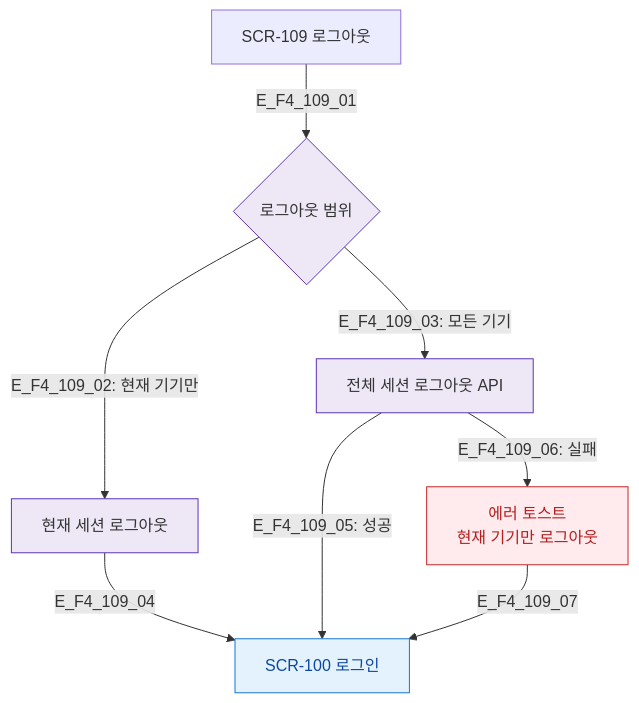
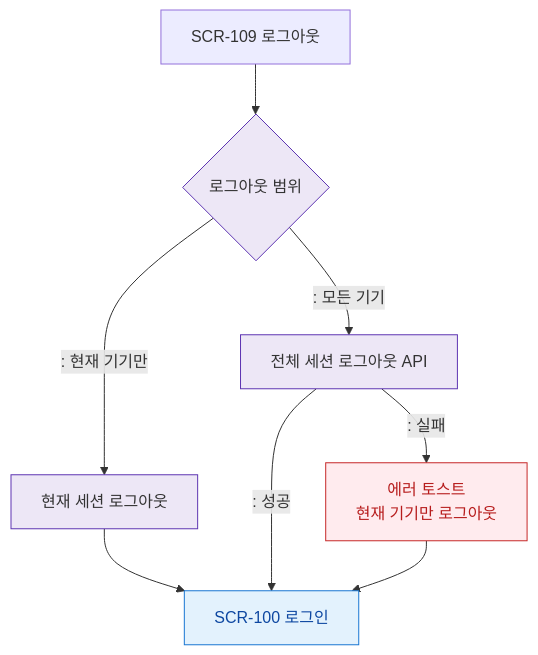
One commit to dev-spogym/admin-pando changed the diagram in docs/다이어그램/D01_공통/SCR-109_로그아웃/F4_필터검색.md. Above: the diagram before and after it, drawn with Mermaid. The commit also changed other lines of this file and 1660 other files, not shown here.

First line of the commit message:
다이어그램: 기획자/클라이언트 납품본으로 정리

````diff
--- a/docs/다이어그램/D01_공통/SCR-109_로그아웃/F4_필터검색.md
+++ b/docs/다이어그램/D01_공통/SCR-109_로그아웃/F4_필터검색.md
@@ -19,19 +17,19 @@
 ```mermaid
 flowchart TD
-    SCR_109[SCR-109 로그아웃] -->|E_F4_109_01| SESSION_TYPE{로그아웃 범위}
+    SCR_109[SCR-109 로그아웃] --> SESSION_TYPE{로그아웃 범위}
 
-    SESSION_TYPE -->|"E_F4_109_02: 현재 기기만"| SINGLE_LOGOUT[현재 세션 로그아웃]
-    SESSION_TYPE -->|"E_F4_109_03: 모든 기기"| ALL_LOGOUT[전체 세션 로그아웃 API]
+    SESSION_TYPE -->|": 현재 기기만"|SINGLE_LOGOUT[현재 세션 로그아웃]
+    SESSION_TYPE -->|": 모든 기기"|ALL_LOGOUT[전체 세션 로그아웃 API]
 
-    SINGLE_LOGOUT -->|E_F4_109_04| SCR_100[SCR-100 로그인]
-    ALL_LOGOUT -->|"E_F4_109_05: 성공"| SCR_100
-    ALL_LOGOUT -->|"E_F4_109_06: 실패"| ERR_TOAST[에러 토스트\n현재 기기만 로그아웃]
-    ERR_TOAST -->|E_F4_109_07| SCR_100
+    SINGLE_LOGOUT --> SCR_100[SCR-100 로그인]
+    ALL_LOGOUT -->|": 성공"|SCR_100
+    ALL_LOGOUT -->|": 실패"|ERR_TOAST[에러 토스트\n현재 기기만 로그아웃]
+    ERR_TOAST --> SCR_100
 
-    classDef screen  fill:#E3F2FD,stroke:#1976D2,color:#0D47A1
-    classDef system  fill:#EDE7F6,stroke:#5E35B2
-    classDef error   fill:#FFEBEE,stroke:#C62828,color:#B71C1C
+    classDef screen fill:#E3F2FD,stroke:#1976D2,color:#0D47A1
+    classDef system fill:#EDE7F6,stroke:#5E35B2
+    classDef error fill:#FFEBEE,stroke:#C62828,color:#B71C1C
     class SCR_100 screen
     class SESSION_TYPE,SINGLE_LOGOUT,ALL_LOGOUT system
     class ERR_TOAST error
 ```
````
